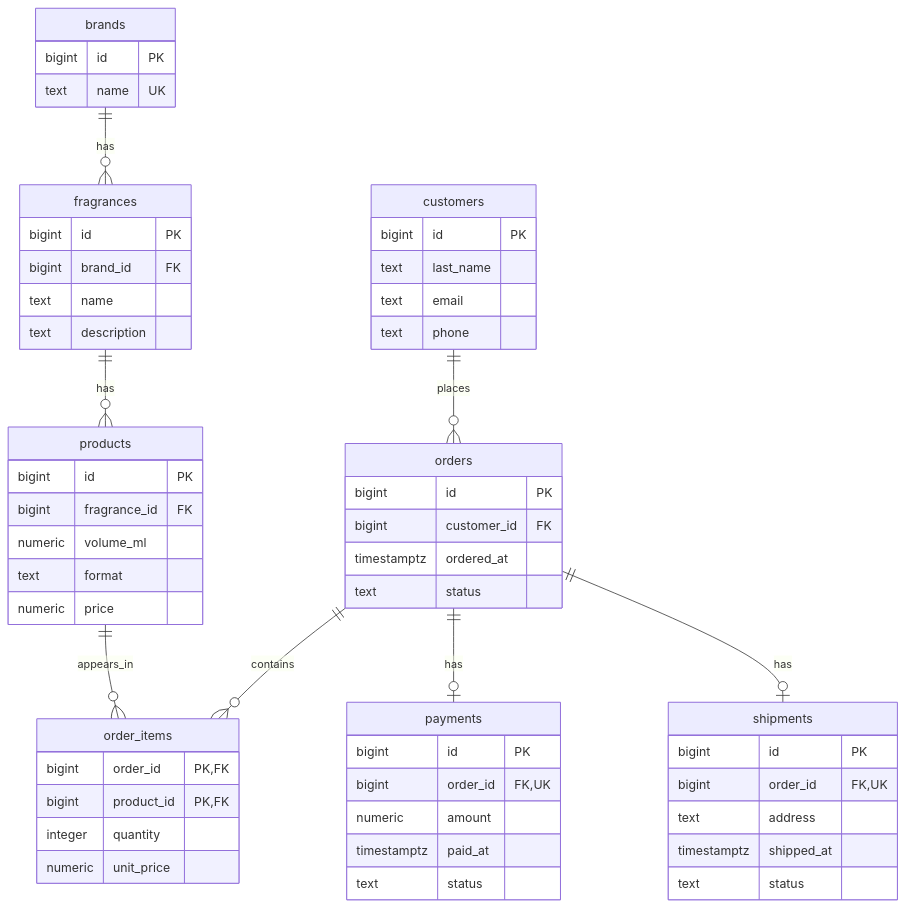
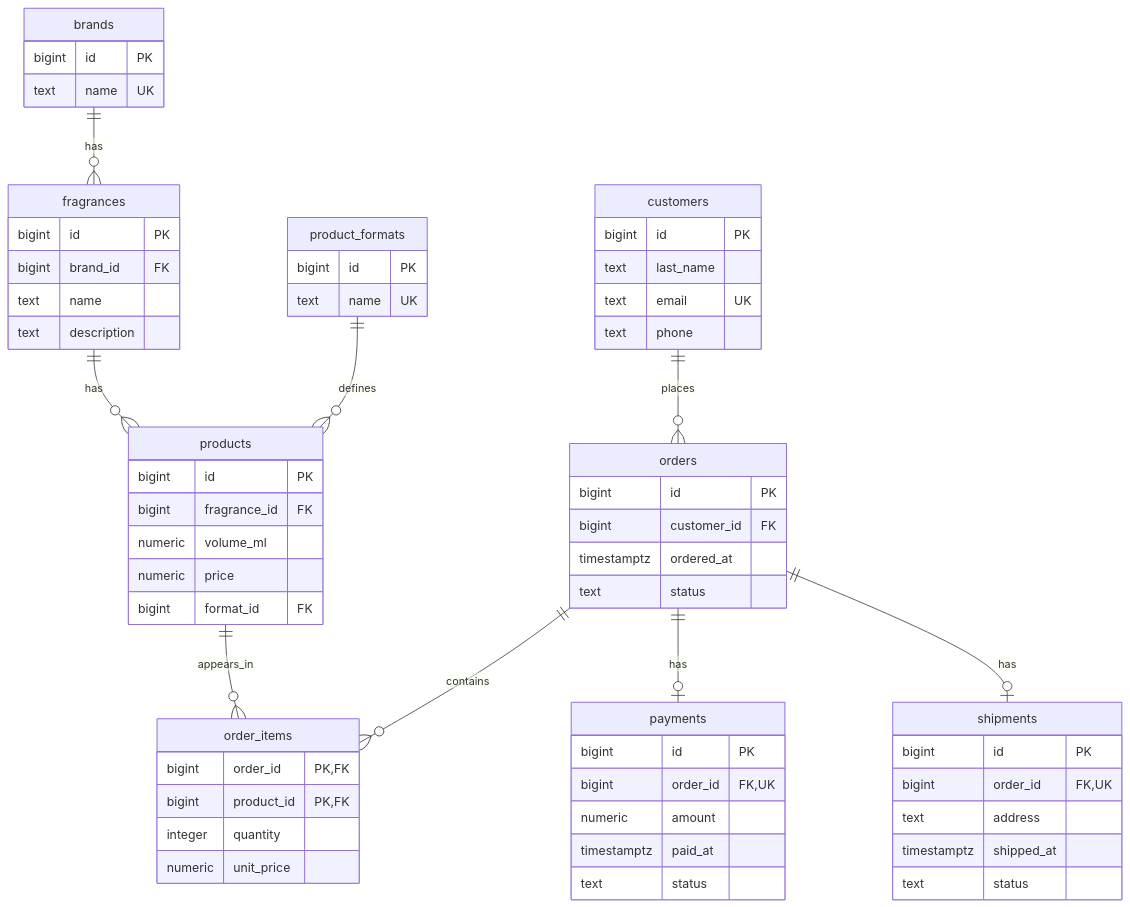
The second of 2 diagrams in lab-01/README.md (LyashenkoVersalia/obdz), drawn with Mermaid before and after one commit. The commit also changed other lines of this file and 2 other files, not shown here.

````diff
--- a/lab-01/README.md
+++ b/lab-01/README.md
@@ -321,67 +342,73 @@
 ```mermaid
 erDiagram
     brands ||--o{ fragrances : "has"
     fragrances ||--o{ products : "has"
+    product_formats ||--o{ products : "defines"
     customers ||--o{ orders : "places"
     orders ||--o{ order_items : "contains"
     products ||--o{ order_items : "appears_in"
     orders ||--o| payments : "has"
     orders ||--o| shipments : "has"
 
     brands {
         bigint id PK
         text name UK
     }
 
     fragrances {
         bigint id PK
         bigint brand_id FK
         text name
         text description
     }
 
+    product_formats {
+        bigint id PK
+        text name UK
+    }
+
     products {
         bigint id PK
         bigint fragrance_id FK
         numeric volume_ml
-        text format
         numeric price
+        bigint format_id FK
     }
 
     customers {
         bigint id PK
         text last_name
-        text email
+        text email UK
         text phone
     }
 
     orders {
         bigint id PK
         bigint customer_id FK
         timestamptz ordered_at
         text status
     }
 
     order_items {
         bigint order_id PK, FK
         bigint product_id PK, FK
         integer quantity
         numeric unit_price
     }
 
     payments {
         bigint id PK
         bigint order_id FK, UK
         numeric amount
         timestamptz paid_at
         text status
     }
 
     shipments {
         bigint id PK
         bigint order_id FK, UK
         text address
         timestamptz shipped_at
         text status
     }
 ```
````
